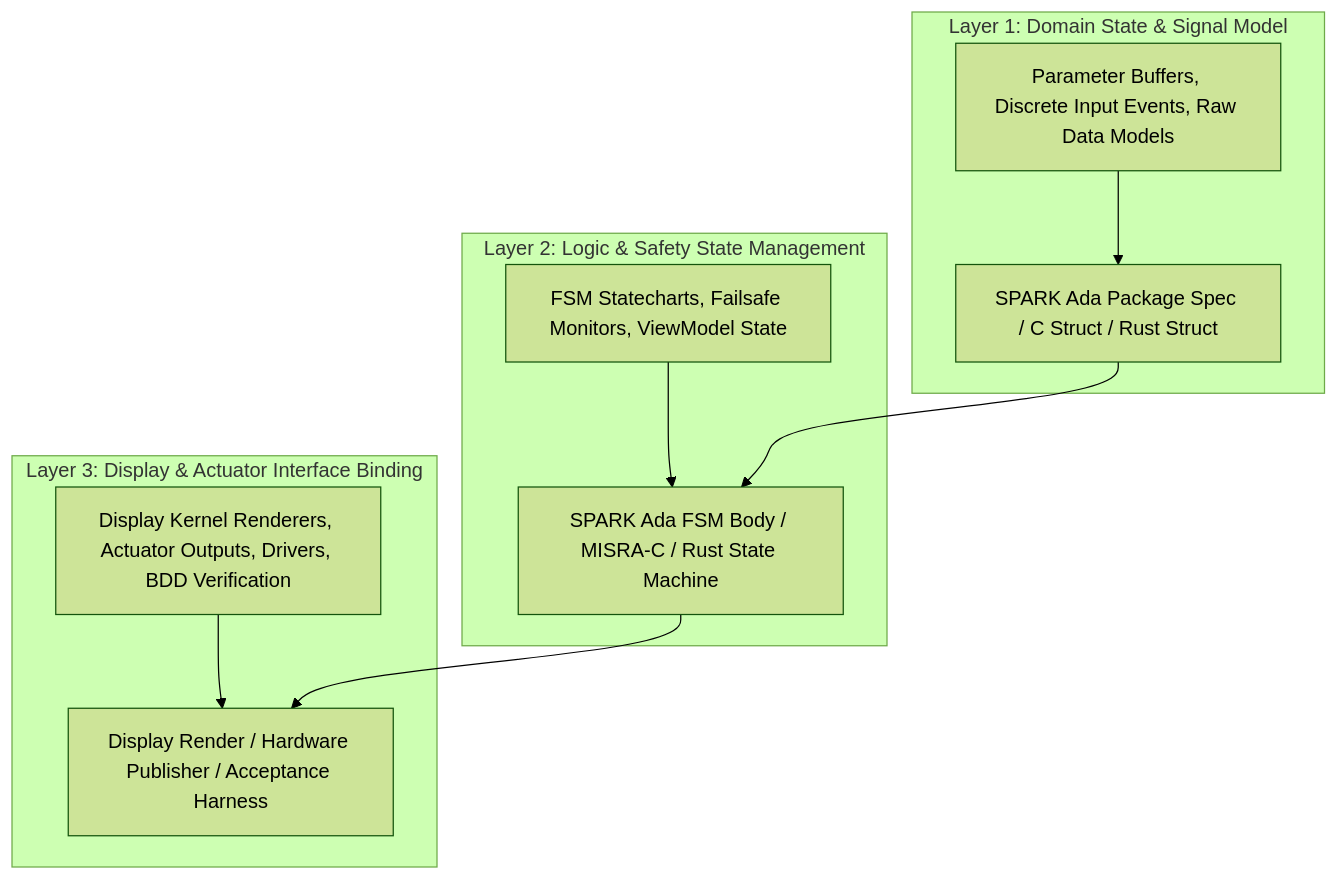
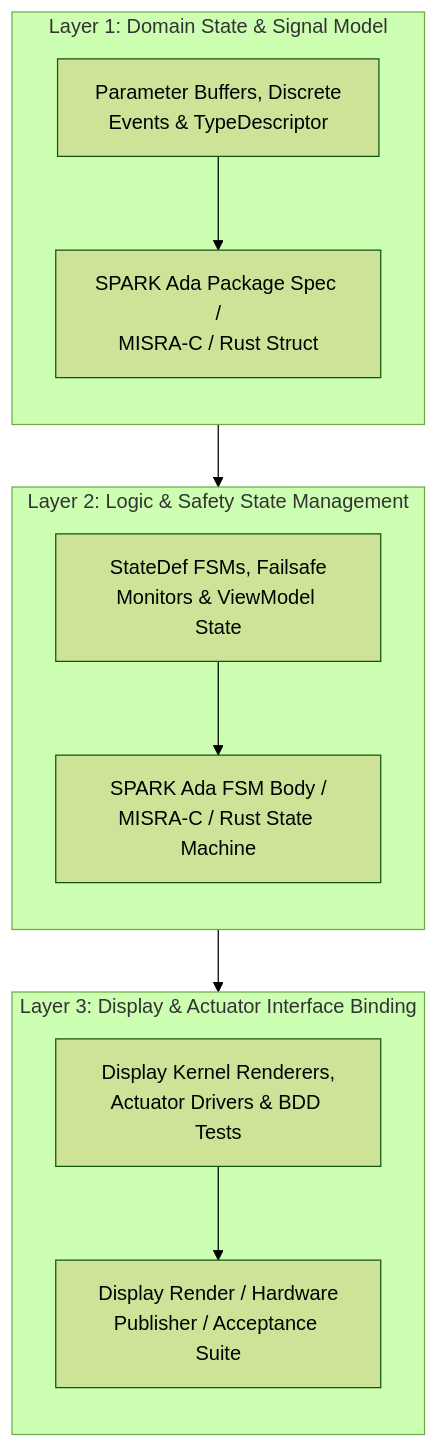
One commit to gintatkinson/DEAP01-spec-core changed the sixth of 8 diagrams in docs/architecture/blueprints/DEAP_SYSML_V2_INGESTION_ENGINE_BLUEPRINT.md. Above: the diagram before and after it, drawn with Mermaid (forest theme). The commit also changed other lines of this file and 28 other files, not shown here.

````diff
--- a/docs/architecture/blueprints/DEAP_SYSML_V2_INGESTION_ENGINE_BLUEPRINT.md
+++ b/docs/architecture/blueprints/DEAP_SYSML_V2_INGESTION_ENGINE_BLUEPRINT.md
@@ -433,22 +780,26 @@
 ```mermaid
 flowchart TD
-    subgraph "Layer 1: Domain State & Signal Model"
-        L1_Desc["Parameter Buffers, Discrete Input Events, Raw Data Models"]
-        L1_Code["SPARK Ada Package Spec / C Struct / Rust Struct"]
+    subgraph Layer1 ["Layer 1: Domain State & Signal Model"]
+        direction TB
+        L1_Desc["Parameter Buffers, Discrete<br/>Events & TypeDescriptor"]
+        L1_Code["SPARK Ada Package Spec /<br/>MISRA-C / Rust Struct"]
     end
 
-    subgraph "Layer 2: Logic & Safety State Management"
-        L2_Desc["FSM Statecharts, Failsafe Monitors, ViewModel State"]
-        L2_Code["SPARK Ada FSM Body / MISRA-C / Rust State Machine"]
+    subgraph Layer2 ["Layer 2: Logic & Safety State Management"]
+        direction TB
+        L2_Desc["StateDef FSMs, Failsafe<br/>Monitors & ViewModel State"]
+        L2_Code["SPARK Ada FSM Body /<br/>MISRA-C / Rust State Machine"]
     end
 
-    subgraph "Layer 3: Display & Actuator Interface Binding"
-        L3_Desc["Display Kernel Renderers, Actuator Outputs, Drivers, BDD Verification"]
-        L3_Code["Display Render / Hardware Publisher / Acceptance Harness"]
+    subgraph Layer3 ["Layer 3: Display & Actuator Interface Binding"]
+        direction TB
+        L3_Desc["Display Kernel Renderers,<br/>Actuator Drivers & BDD Tests"]
+        L3_Code["Display Render / Hardware<br/>Publisher / Acceptance Suite"]
     end
 
     L1_Desc --> L1_Code
     L2_Desc --> L2_Code
     L3_Desc --> L3_Code
-    L1_Code --> L2_Code --> L3_Code
+    L1_Code --> L2_Code
+    L2_Code --> L3_Code
 ```
````
